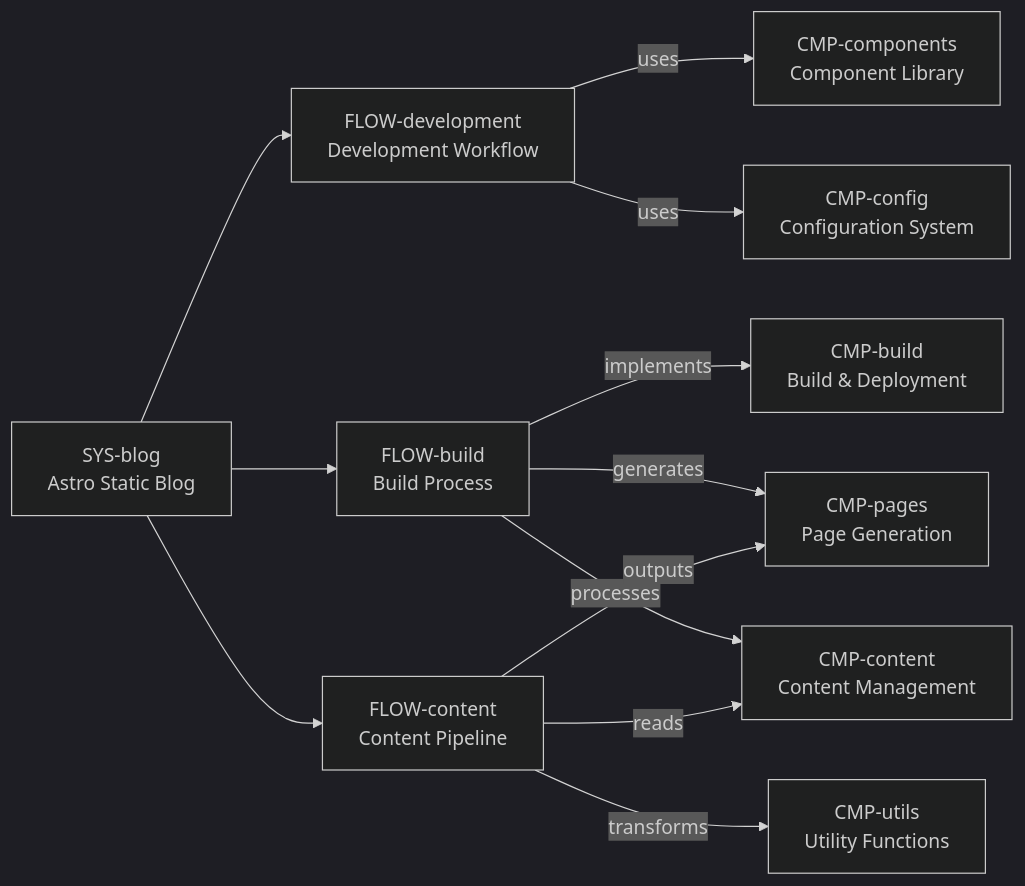
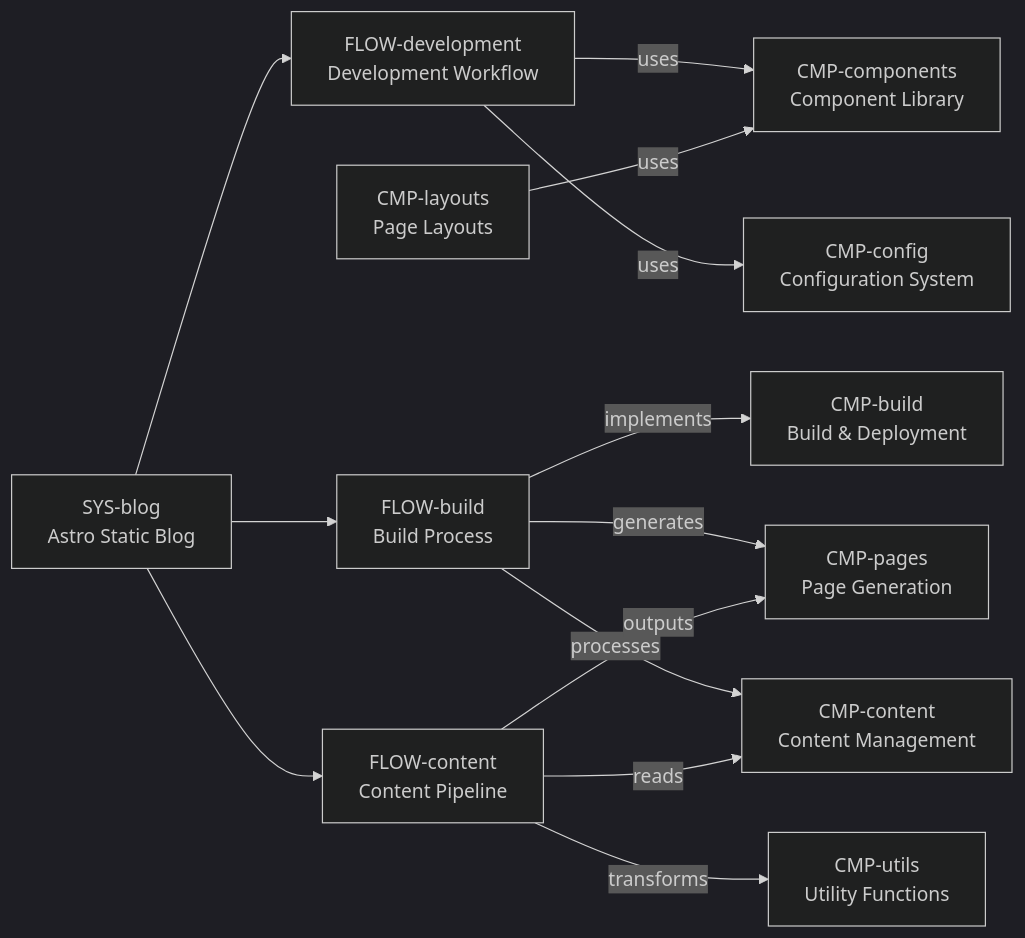
One commit to wowyuarm/blog changed the diagram in LOGIC_MAP.md. Above: the diagram before and after it, drawn with Mermaid (dark theme). The commit also changed other lines of this file and 21 other files, not shown here.

````diff
--- a/LOGIC_MAP.md
+++ b/LOGIC_MAP.md
@@ -29,30 +29,33 @@
 ```mermaid
 flowchart LR
   SYS-blog["SYS-blog\nAstro Static Blog"]
 
   FLOW-development["FLOW-development\nDevelopment Workflow"]
   FLOW-build["FLOW-build\nBuild Process"]
   FLOW-content["FLOW-content\nContent Pipeline"]
 
   CMP-content["CMP-content\nContent Management"]
   CMP-pages["CMP-pages\nPage Generation"]
   CMP-components["CMP-components\nComponent Library"]
   CMP-utils["CMP-utils\nUtility Functions"]
   CMP-config["CMP-config\nConfiguration System"]
   CMP-build["CMP-build\nBuild & Deployment"]
+  CMP-layouts["CMP-layouts\nPage Layouts"]
 
   SYS-blog --> FLOW-development
   SYS-blog --> FLOW-build
   SYS-blog --> FLOW-content
 
   FLOW-development -->|uses| CMP-components
   FLOW-development -->|uses| CMP-config
 
   FLOW-build -->|implements| CMP-build
   FLOW-build -->|generates| CMP-pages
   FLOW-build -->|processes| CMP-content
 
   FLOW-content -->|reads| CMP-content
   FLOW-content -->|transforms| CMP-utils
   FLOW-content -->|outputs| CMP-pages
+
+  CMP-layouts -->|uses| CMP-components
 ```
````
